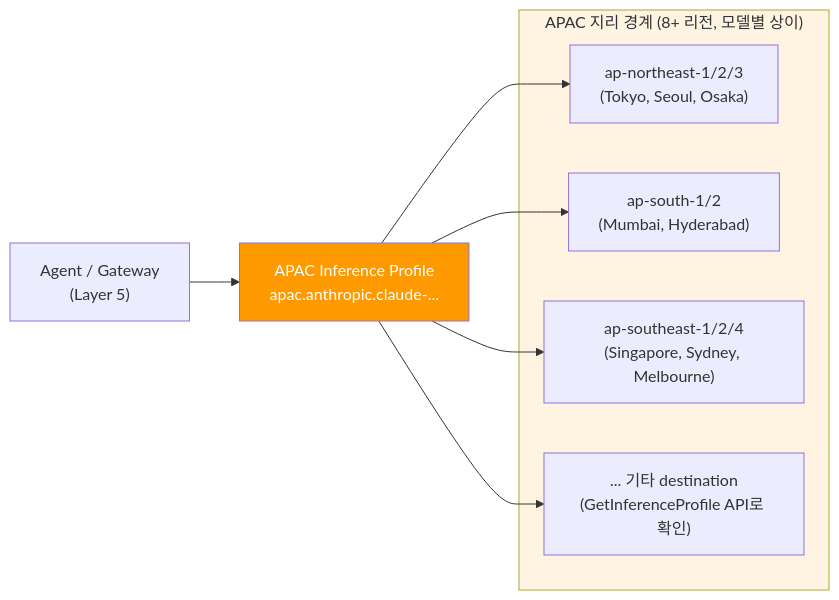
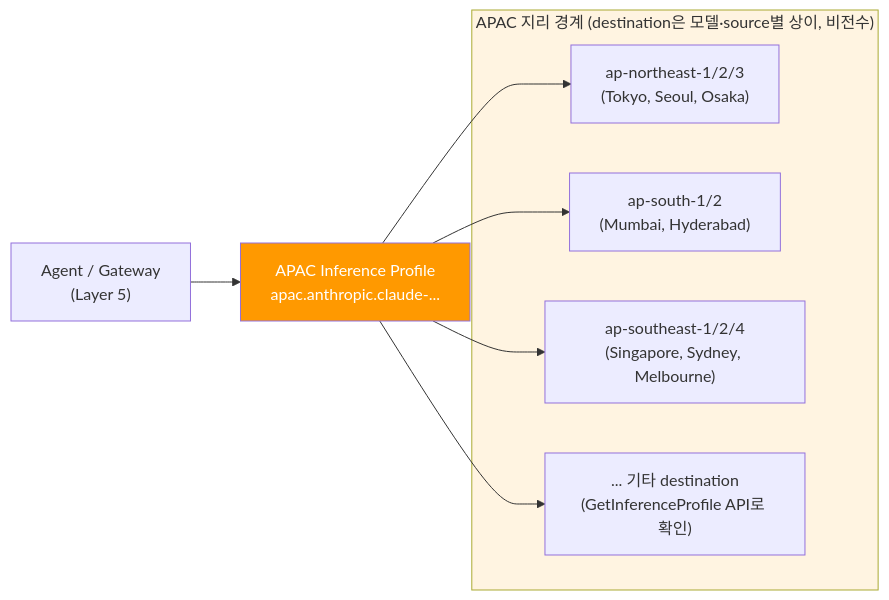
The third of 4 diagrams in i18n/ko/docusaurus-plugin-content-docs/current/agentic-ai-platform/design-architecture/platform-selection/sovereign-hybrid-deployment.md (devfloor9/engineering-playbook), drawn with Mermaid before and after one commit. The commit also changed other lines of this file and 39 other files, not shown here.

````diff
--- a/i18n/ko/docusaurus-plugin-content-docs/current/agentic-ai-platform/design-architecture/platform-selection/sovereign-hybrid-deployment.md
+++ b/i18n/ko/docusaurus-plugin-content-docs/current/agentic-ai-platform/design-architecture/platform-selection/sovereign-hybrid-deployment.md
@@ -179,18 +206,18 @@
 ```mermaid
 flowchart LR
     AGENT["Agent / Gateway<br/>(Layer 5)"]
     PROFILE["APAC Inference Profile<br/>apac.anthropic.claude-..."]
 
-    subgraph APAC["APAC 지리 경계 (8+ 리전, 모델별 상이)"]
+    subgraph APAC["APAC 지리 경계 (destination은 모델·source별 상이, 비전수)"]
         R1["ap-northeast-1/2/3<br/>(Tokyo, Seoul, Osaka)"]
         R2["ap-south-1/2<br/>(Mumbai, Hyderabad)"]
         R3["ap-southeast-1/2/4<br/>(Singapore, Sydney, Melbourne)"]
         R4["... 기타 destination<br/>(GetInferenceProfile API로 확인)"]
     end
 
     AGENT --> PROFILE
     PROFILE --> R1 & R2 & R3 & R4
 
     style APAC fill:#fff4e1
     style PROFILE fill:#ff9900,color:#fff
 ```
````
